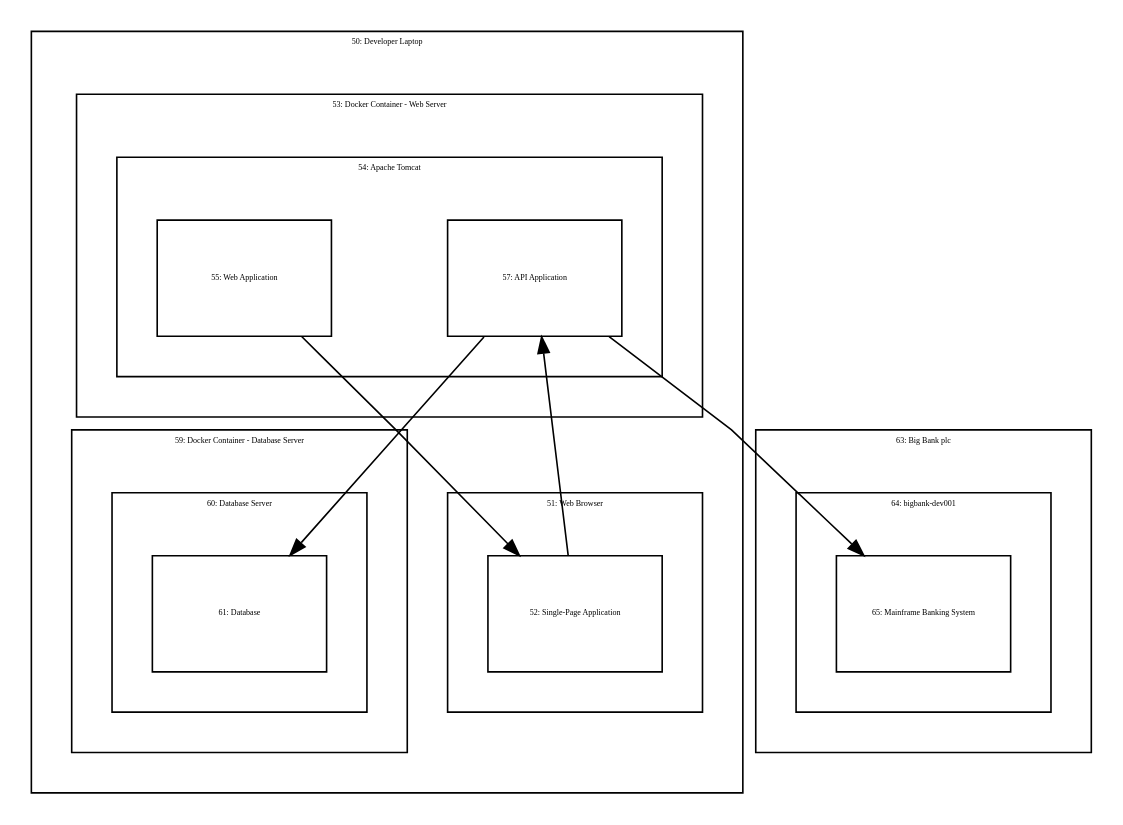
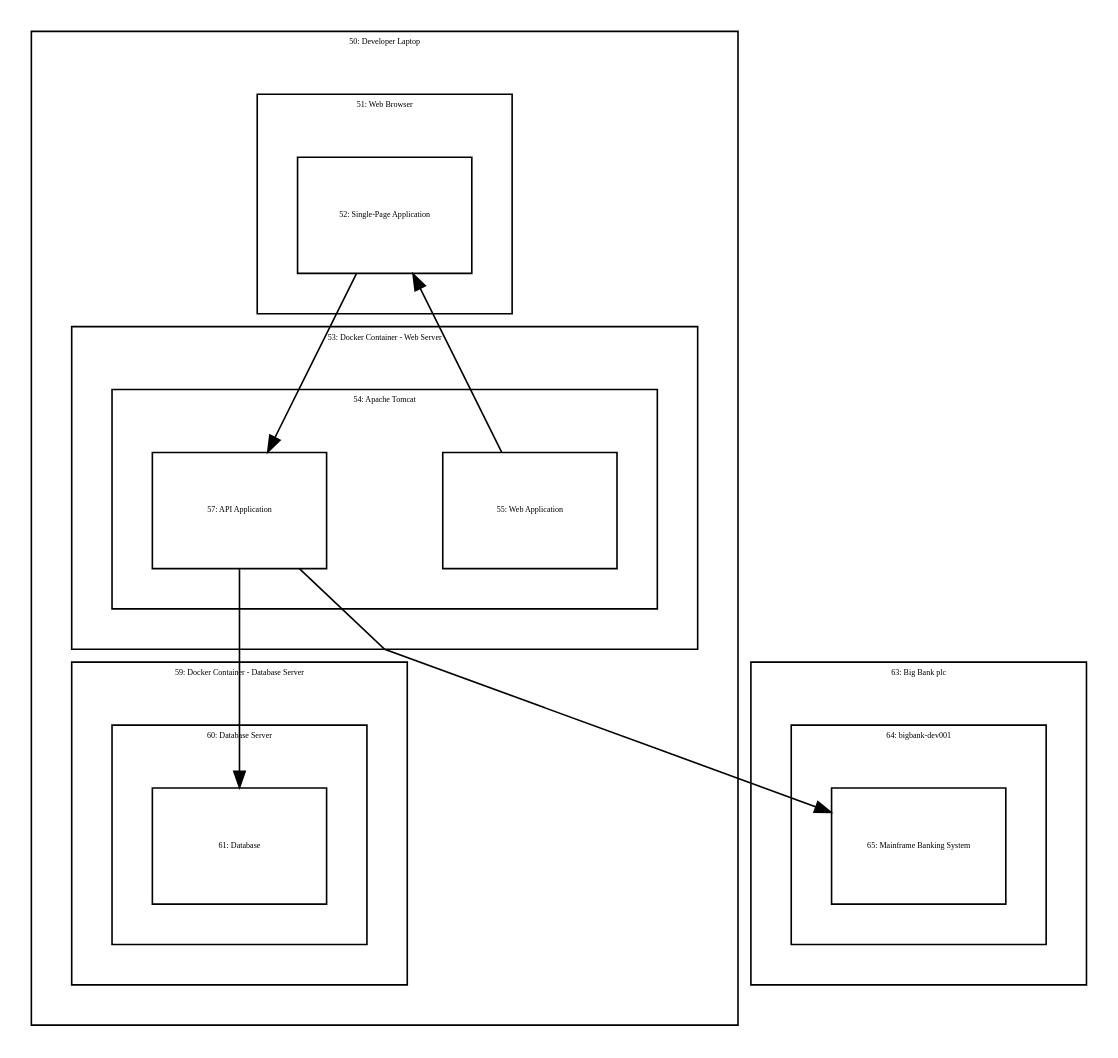
One commit to dwhelan/c4-big-bank-plc changed the diagram in graphviz/DevelopmentDeployment.dot. Above: the diagram before and after it, drawn with Graphviz. The commit also changed other lines of this file and 22 other files, not shown here.

Commit message:
complete Merck weekly report dynamic diagram

```diff
--- a/graphviz/DevelopmentDeployment.dot
+++ b/graphviz/DevelopmentDeployment.dot
@@ -1,49 +1,49 @@
 digraph {
   compound=true
   graph [splines=polyline,rankdir=TB,ranksep=1.0,nodesep=1.0,fontsize=5]
   node [shape=box,fontsize=5]
   edge []
 
 subgraph cluster_50 {
   margin=25
   label="50: Developer Laptop"
-  subgraph cluster_53 {
+  subgraph cluster_59 {
     margin=25
-    label="53: Docker Container - Web Server"
-    subgraph cluster_54 {
+    label="59: Docker Container - Database Server"
+    subgraph cluster_60 {
       margin=25
-      label="54: Apache Tomcat"
-      57 [width=1.500000,height=1.000000,fixedsize=true,id=57,label="57: API Application"]
-      55 [width=1.500000,height=1.000000,fixedsize=true,id=55,label="55: Web Application"]
+      label="60: Database Server"
+      61 [width=1.500000,height=1.000000,fixedsize=true,id=61,label="61: Database"]
     }
   }
   subgraph cluster_51 {
     margin=25
     label="51: Web Browser"
     52 [width=1.500000,height=1.000000,fixedsize=true,id=52,label="52: Single-Page Application"]
   }
-  subgraph cluster_59 {
+  subgraph cluster_53 {
     margin=25
-    label="59: Docker Container - Database Server"
-    subgraph cluster_60 {
+    label="53: Docker Container - Web Server"
+    subgraph cluster_54 {
       margin=25
-      label="60: Database Server"
-      61 [width=1.500000,height=1.000000,fixedsize=true,id=61,label="61: Database"]
+      label="54: Apache Tomcat"
+      55 [width=1.500000,height=1.000000,fixedsize=true,id=55,label="55: Web Application"]
+      57 [width=1.500000,height=1.000000,fixedsize=true,id=57,label="57: API Application"]
     }
   }
 }
 subgraph cluster_63 {
   margin=25
   label="63: Big Bank plc"
   subgraph cluster_64 {
     margin=25
     label="64: bigbank-dev001"
     65 [width=1.500000,height=1.000000,fixedsize=true,id=65,label="65: Mainframe Banking System"]
   }
 }
 
   57 -> 61 [id=62]
   55 -> 52 [id=56]
   57 -> 65 [id=66]
   52 -> 57 [id=58]
 }
```
